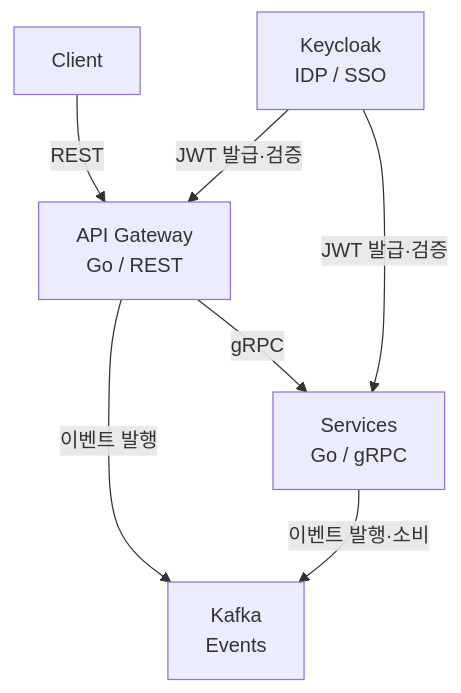
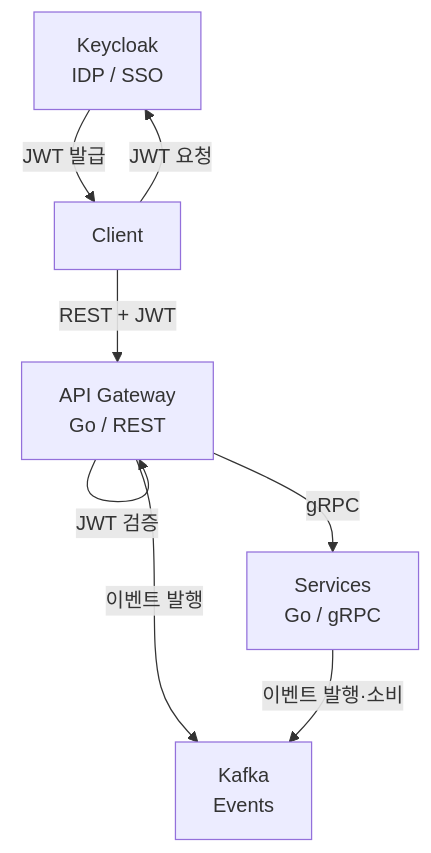
The diagram in content/posts/go-msa-architecture.md (jjc4480/my-blog), drawn with Mermaid before and after one commit. The commit also changed other lines of this file and 3 other files, not shown here.

````diff
--- a/content/posts/go-msa-architecture.md
+++ b/content/posts/go-msa-architecture.md
@@ -134,15 +134,16 @@
 ```mermaid
 graph TD
     KC[Keycloak<br/>IDP / SSO]
     CL[Client]
     GW[API Gateway<br/>Go / REST]
     SVC[Services<br/>Go / gRPC]
     KF[Kafka<br/>Events]
 
-    CL -->|REST| GW
+    CL -->|JWT 요청| KC
+    KC -->|JWT 발급| CL
+    CL -->|REST + JWT| GW
+    GW -->|JWT 검증| GW
     GW -->|gRPC| SVC
-    KC -->|JWT 발급·검증| GW
-    KC -->|JWT 발급·검증| SVC
     GW -->|이벤트 발행| KF
     SVC -->|이벤트 발행·소비| KF
 ```
````
